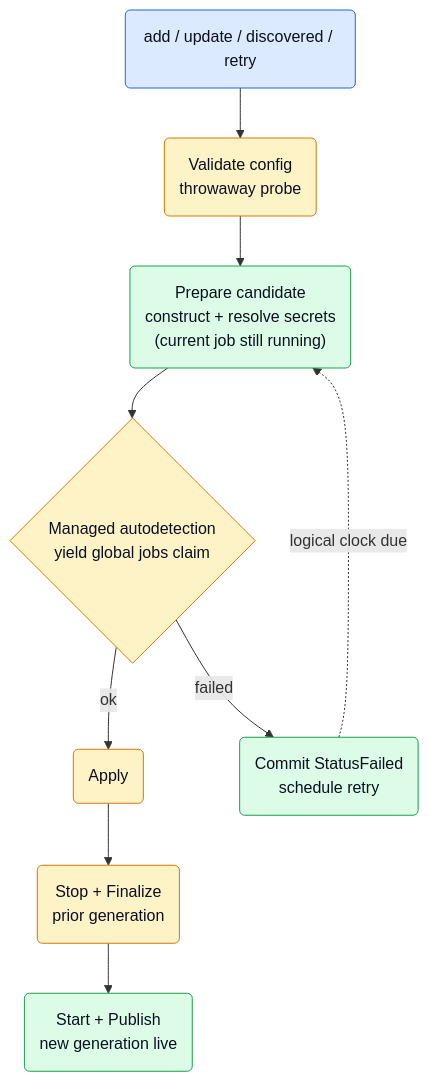
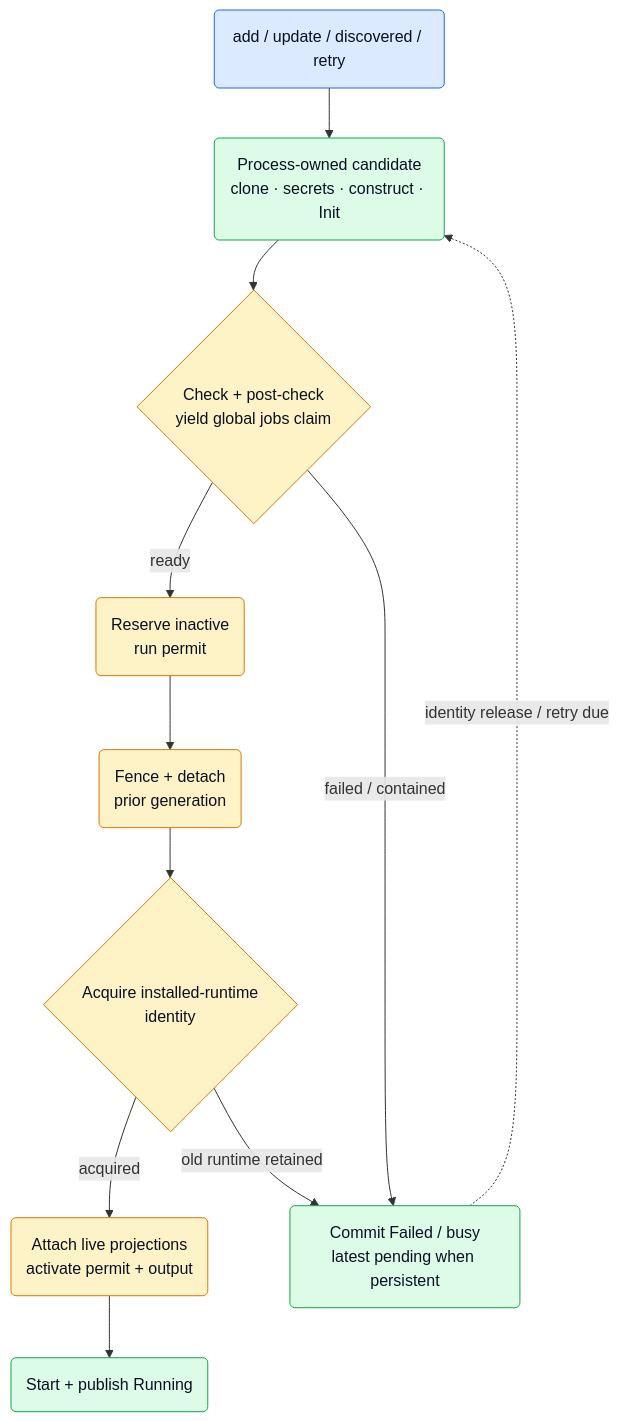
Before and after one commit to netdata/netdata: the fourth of 6 diagrams in src/go/plugin/agent/jobmgr/ARCHITECTURE.md, drawn with Mermaid. The commit also changed other lines of this file and 3 other files, not shown here.

````diff
--- a/src/go/plugin/agent/jobmgr/ARCHITECTURE.md
+++ b/src/go/plugin/agent/jobmgr/ARCHITECTURE.md
@@ -284,23 +331,26 @@
 ```mermaid
 flowchart TD
     Cmd("add / update / discovered / retry")
-    Validate("Validate config<br/>throwaway probe")
-    Prepare("Prepare candidate<br/>construct + resolve secrets<br/>(current job still running)")
-    AutoD{"Managed autodetection<br/>yield global jobs claim"}
-    Apply("Apply")
-    StopOld("Stop + Finalize<br/>prior generation")
-    Live("Start + Publish<br/>new generation live")
-    Fail("Commit StatusFailed<br/>schedule retry")
+    Stage("Process-owned candidate<br/>clone · secrets · construct · Init")
+    AutoD{"Check + post-check<br/>yield global jobs claim"}
+    Reserve("Reserve inactive<br/>run permit")
+    Retire("Fence + detach<br/>prior generation")
+    Promote{"Acquire installed-runtime<br/>identity"}
+    Attach("Attach live projections<br/>activate permit + output")
+    Live("Start + publish Running")
+    Fail("Commit Failed / busy<br/>latest pending when persistent")
 
-    Cmd --> Validate --> Prepare --> AutoD
-    AutoD -->|"ok"| Apply --> StopOld --> Live
-    AutoD -->|"failed"| Fail
-    Fail -. "logical clock due" .-> Prepare
+    Cmd --> Stage --> AutoD
+    AutoD -->|"ready"| Reserve --> Retire --> Promote
+    Promote -->|"acquired"| Attach --> Live
+    AutoD -->|"failed / contained"| Fail
+    Promote -->|"old runtime retained"| Fail
+    Fail -. "identity release / retry due" .-> Stage
 
     classDef ext fill:#dbeafe,stroke:#2563eb,color:#0b1021;
     classDef core fill:#fef3c7,stroke:#d97706,color:#0b1021;
     classDef job fill:#dcfce7,stroke:#16a34a,color:#0b1021;
     class Cmd ext;
-    class Validate,Apply,StopOld,AutoD core;
-    class Prepare,Live,Fail job;
+    class AutoD,Reserve,Retire,Promote,Attach core;
+    class Stage,Live,Fail job;
 ```
````
